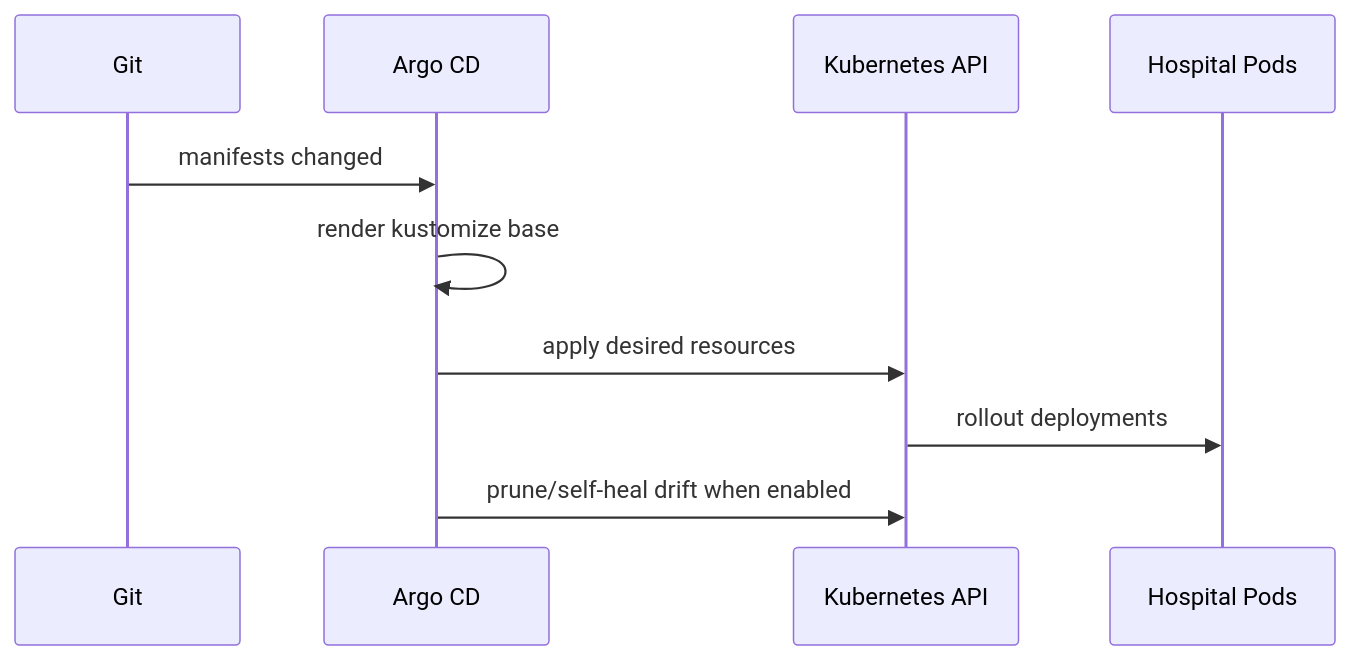
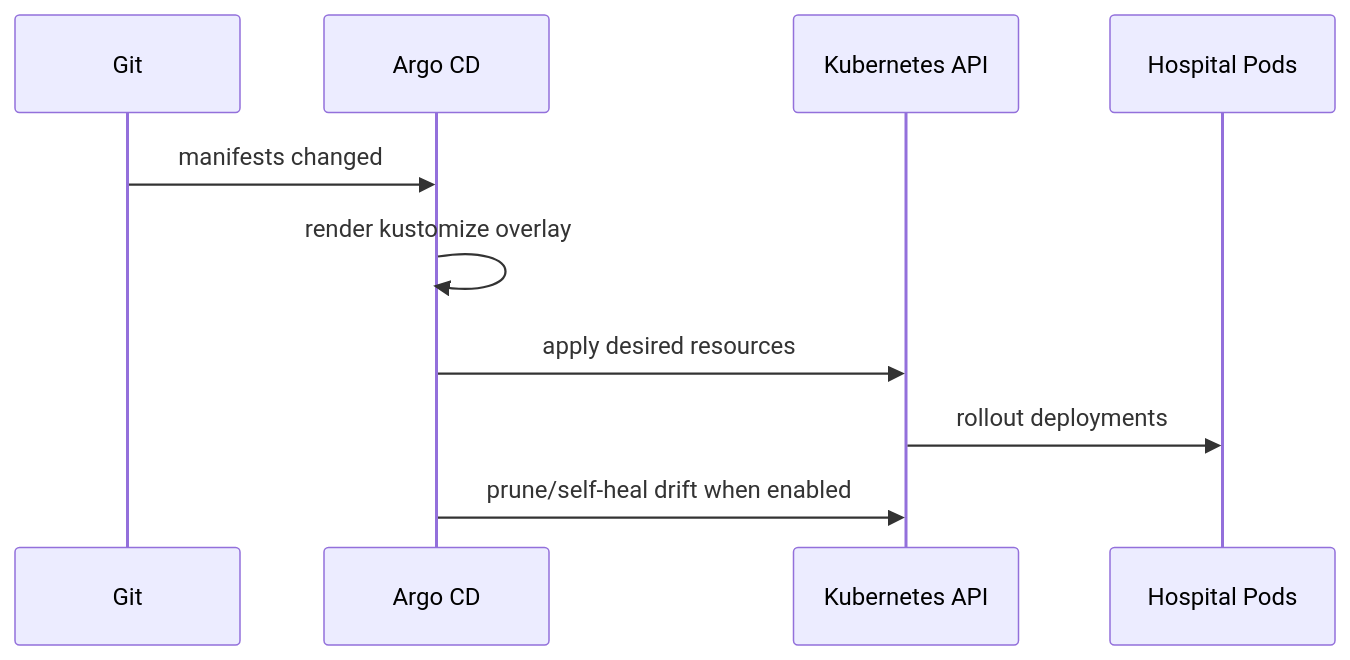
One commit to Kien-devops/eks-cicd-argocd-sec-monitor changed the second of 2 diagrams in k8s/README.md. Above: the diagram before and after it, drawn with Mermaid. The commit also changed other lines of this file and 8 other files, not shown here.

````diff
--- a/k8s/README.md
+++ b/k8s/README.md
@@ -29,13 +29,13 @@
 ```mermaid
 sequenceDiagram
   participant Git
   participant Argo as Argo CD
   participant K8s as Kubernetes API
   participant Pods as Hospital Pods
 
   Git->>Argo: manifests changed
-  Argo->>Argo: render kustomize base
+  Argo->>Argo: render kustomize overlay
   Argo->>K8s: apply desired resources
   K8s->>Pods: rollout deployments
   Argo->>K8s: prune/self-heal drift when enabled
 ```
````
